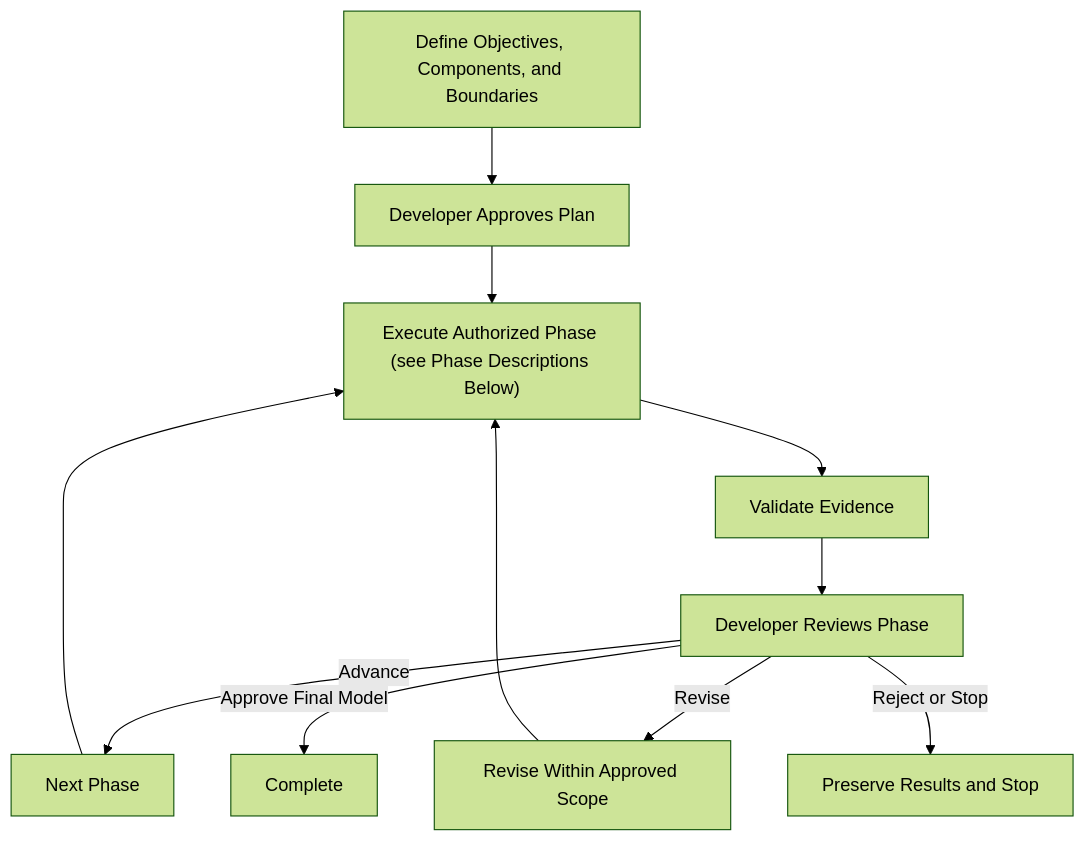
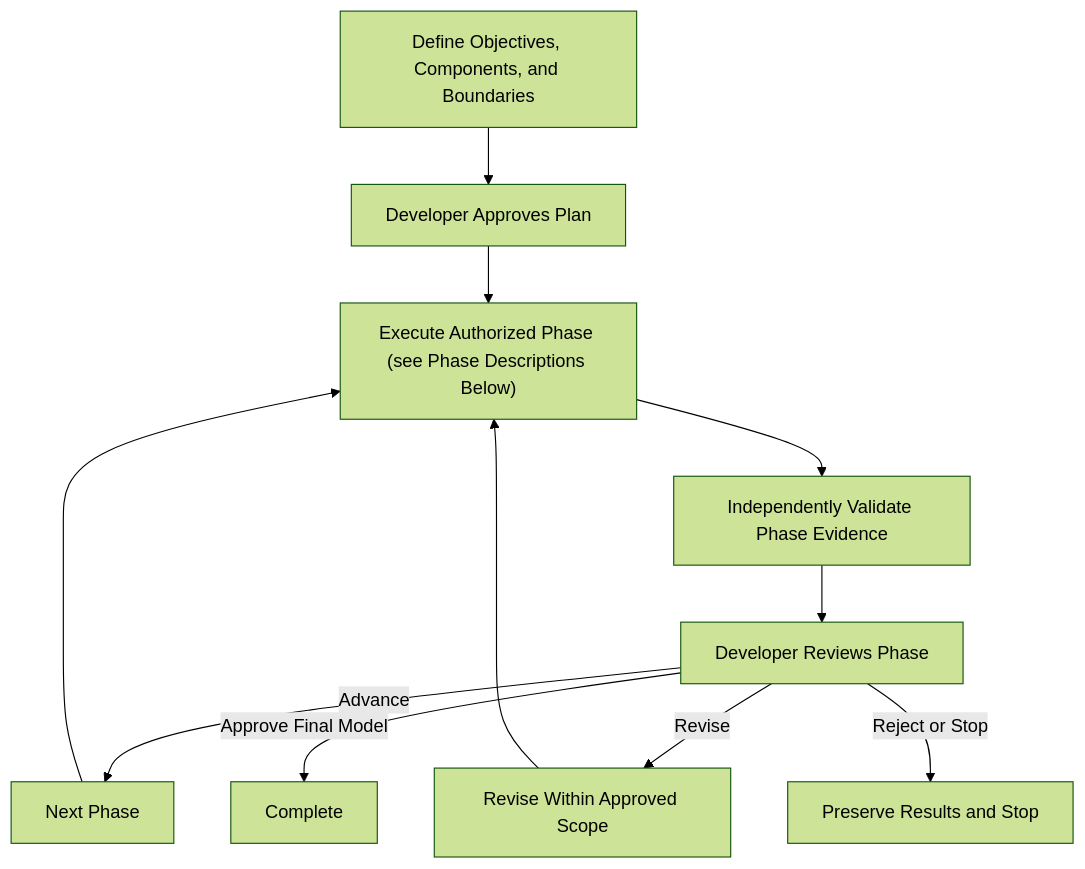
The third of 3 diagrams in docs/specs/agentic-ml-harness-proposal.md (jimthompson5802/agentic-ml), drawn with Mermaid (forest theme) before and after one commit. The commit also changed other lines of this file, not shown here.

Commit message:
docs: align architecture diagrams and harness component boundaries

````diff
--- a/docs/specs/agentic-ml-harness-proposal.md
+++ b/docs/specs/agentic-ml-harness-proposal.md
@@ -125,13 +146,13 @@
 ```mermaid
 flowchart TD
     A[Define Objectives, Components, and Boundaries] --> B[Developer Approves Plan]
     B --> C["Execute Authorized Phase (see Phase Descriptions Below)"]
-    C --> D[Validate Evidence]
+    C --> D[Independently Validate Phase Evidence]
     D --> E[Developer Reviews Phase]
     E -->|Advance| F[Next Phase]
     F --> C
     E -->|Revise| G[Revise Within Approved Scope]
     G --> C
     E -->|Approve Final Model| H[Complete]
     E -->|Reject or Stop| I[Preserve Results and Stop]
 ```
````
